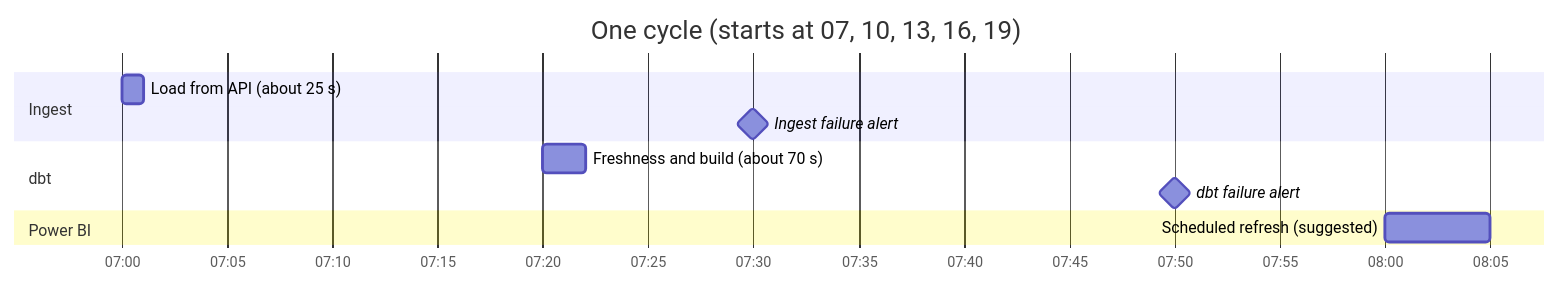
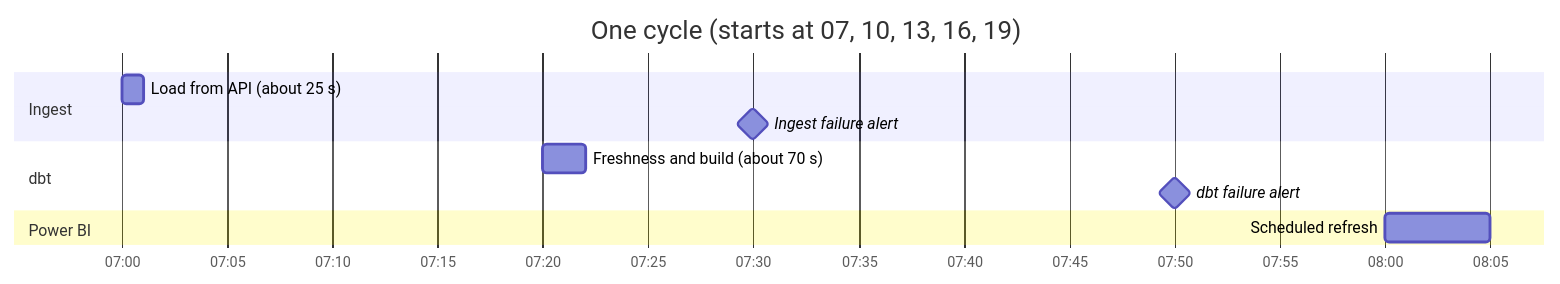
The second of 5 diagrams in docs/diagrams/flows.md (jacekjastrzebski/uk-tenders-dbt-snowflake), drawn with Mermaid before and after one commit. The commit also changed other lines of this file and 2 other files, not shown here.

Commit message:
Bring the diagrams in line with the live report
- Show the Home page and the public link in the C4 diagram
- Mark the Power BI refresh times as set up, not suggested
- Call the report's load time "Last refreshed", as the report does

````diff
--- a/docs/diagrams/flows.md
+++ b/docs/diagrams/flows.md
@@ -38,15 +38,15 @@
 ```mermaid
 gantt
     title One cycle (starts at 07, 10, 13, 16, 19)
     dateFormat HH:mm:ss
     axisFormat %H:%M
 
     section Ingest
     Load from API (about 25 s)        :ingest, 07:00:00, 1m
     Ingest failure alert              :milestone, 07:30:00, 0m
     section dbt
     Freshness and build (about 70 s)  :dbt, 07:20:00, 2m
     dbt failure alert                 :milestone, 07:50:00, 0m
     section Power BI
-    Scheduled refresh (suggested)     :pbi, 08:00:00, 5m
+    Scheduled refresh                 :pbi, 08:00:00, 5m
 ```
````
